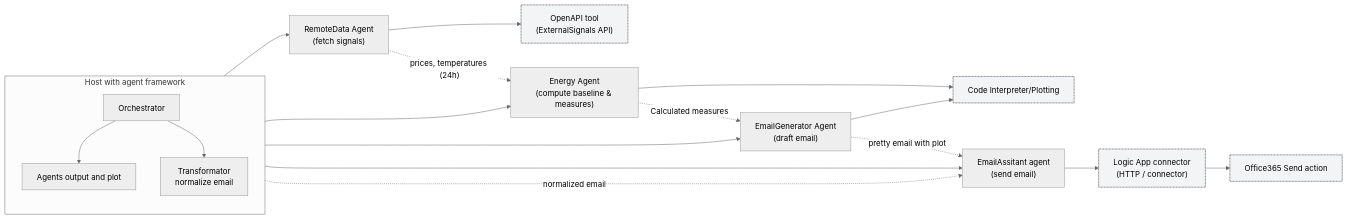
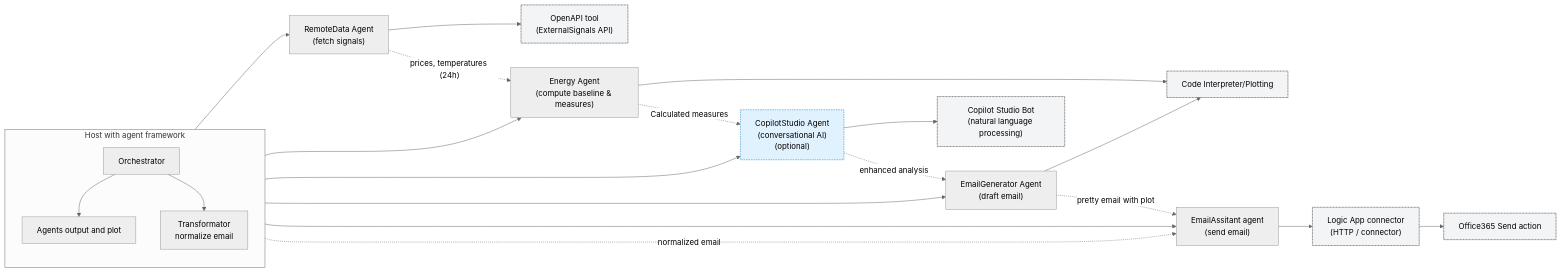
One commit to katarinasvedman/foundry-demo-agent-framework-Playground changed the first of 2 diagrams in README.md. Above: the diagram before and after it, drawn with Mermaid (neutral theme). The commit also changed other lines of this file and 9 other files, not shown here.

````diff
--- a/README.md
+++ b/README.md
@@ -34,31 +34,37 @@
 ```mermaid
 flowchart LR
 	subgraph Host[Host with agent framework]
 		direction TB
 		Orchestrator[Orchestrator]
 		Orchestrator --> Docs["Agents output and plot"]
 		Orchestrator --> Transformator["Transformator<br>normalize email"]
 	end
 
 	Orchestrator --> RemoteData["RemoteData Agent<br/>(fetch signals)"]
 	RemoteData --> OpenAPI["OpenAPI tool<br/>(ExternalSignals API)"]
 
 	Orchestrator --> Energy["Energy Agent<br/>(compute baseline & measures)"]	
 	RemoteData -.->|"prices, temperatures (24h)"| Energy
 	Energy --> CodeInterp["Code Interpreter / Python<br/>(local analysis)"]
-	Energy -.->|"Calculated measures"| EmailGenerator
+	Energy -.->|"Calculated measures"| CopilotStudio
+	
+	Orchestrator --> CopilotStudio["CopilotStudio Agent<br/>(conversational AI)<br/>(optional)"]
+	CopilotStudio --> BotAPI["Copilot Studio Bot<br/>(natural language processing)"]
+	CopilotStudio -.->|"enhanced analysis"| EmailGenerator
 
 	Orchestrator --> EmailGenerator["EmailGenerator Agent<br/>(draft email)"]
 	
 	EmailGenerator --> CodeInterp["Code Interpreter/Plotting"]	
 	EmailGenerator -.->|"pretty email with plot"| EmailAssistant
 
 	Orchestrator --> EmailAssistant["EmailAssitant agent<br/>(send email)"]
 	Transformator -.->|"normalized email"| EmailAssistant
 	EmailAssistant --> LogicAppConnector["Logic App connector<br/>(HTTP / connector)"]
 	LogicAppConnector --> Office365["Office365 Send action"]	
 		
 
 	classDef tool fill:#f3f4f6,stroke:#111,stroke-width:1px,stroke-dasharray: 2 1;
-	class OpenAPI,CodeInterp,LogicAppConnector,Office365 tool;
+	classDef optional fill:#e0f2fe,stroke:#0277bd,stroke-width:1px,stroke-dasharray: 3 2;
+	class OpenAPI,CodeInterp,LogicAppConnector,Office365,BotAPI tool;
+	class CopilotStudio optional;
 ```
````
